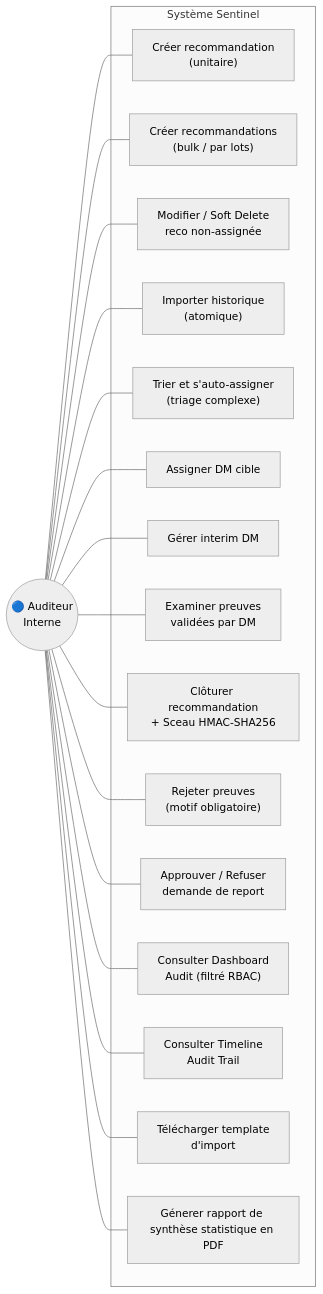
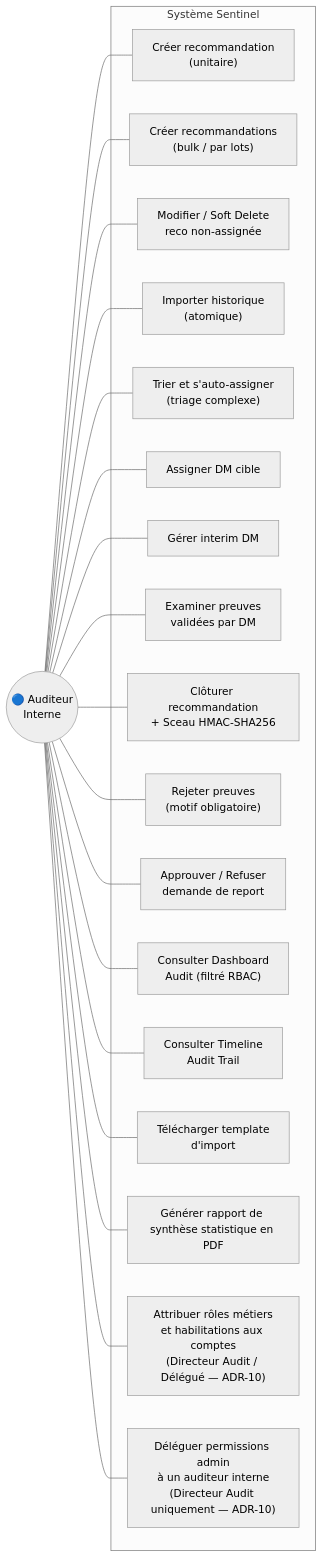
The fourth of 24 diagrams in _bmad-output/planning-artifacts/architecture-v2.md (Tchendjou2003/bicec--Sentinel), drawn with Mermaid (neutral theme) before and after one commit. The commit also changed other lines of this file and 46 other files, not shown here.

````diff
--- a/_bmad-output/planning-artifacts/architecture-v2.md
+++ b/_bmad-output/planning-artifacts/architecture-v2.md
@@ -663,38 +720,42 @@
 ```mermaid
 flowchart LR
     subgraph "Système Sentinel"
         UC1["Créer recommandation\n(unitaire)"]
         UC2["Créer recommandations\n(bulk / par lots)"]
         UC3["Modifier / Soft Delete\nreco non-assignée"]
         UC4["Importer historique\n(atomique)"]
         UC5["Trier et s'auto-assigner\n(triage complexe)"]
         UC6["Assigner DM cible"]
         UC7["Gérer interim DM"]
         UC8["Examiner preuves\nvalidées par DM"]
         UC9["Clôturer recommandation\n+ Sceau HMAC-SHA256"]
         UC10["Rejeter preuves\n(motif obligatoire)"]
         UC11["Approuver / Refuser\ndemande de report"]
         UC12["Consulter Dashboard\nAudit (filtré RBAC)"]
         UC13["Consulter Timeline\nAudit Trail"]
         UC14["Télécharger template\nd'import"]
-        UC15["Génerer rapport de synthèse statistique en PDF"]
+        UC15["Générer rapport de synthèse statistique en PDF"]
+        UC16["Attribuer rôles métiers\net habilitations aux comptes\n(Directeur Audit / Délégué — ADR-10)"]
+        UC17["Déléguer permissions admin\nà un auditeur interne\n(Directeur Audit uniquement — ADR-10)"]
     end
 
     AU(("🔵 Auditeur\nInterne"))
 
     AU --- UC1
     AU --- UC2
     AU --- UC3
     AU --- UC4
     AU --- UC5
     AU --- UC6
     AU --- UC7
     AU --- UC8
     AU --- UC9
     AU --- UC10
     AU --- UC11
     AU --- UC12
     AU --- UC13
     AU --- UC14
     AU --- UC15
+    AU --- UC16
+    AU --- UC17
 ```
````
